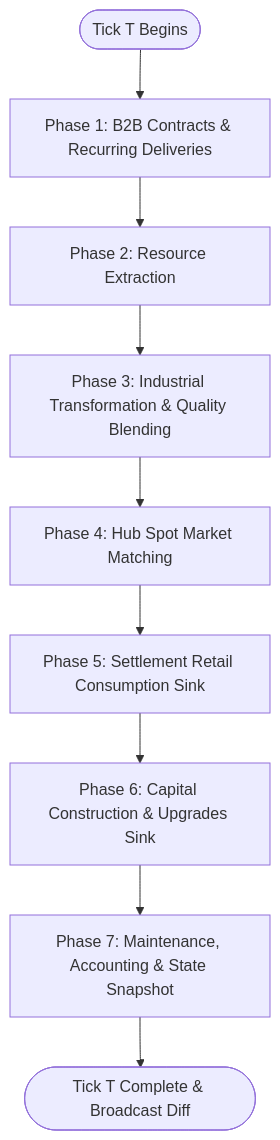
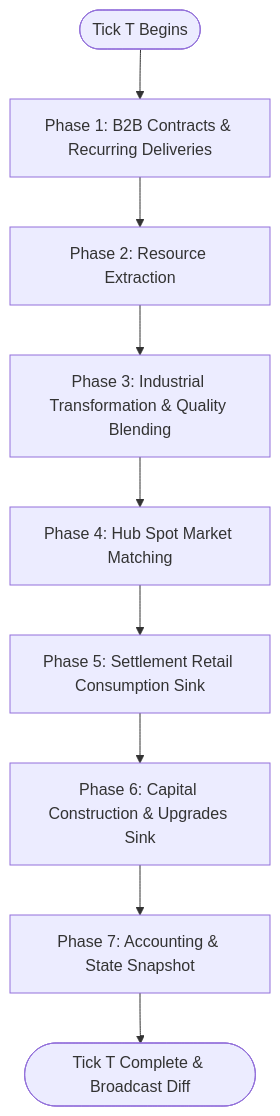
Before and after one commit to dmitrij-borchuk/economicSim: the diagram in docs/core-engine/simulation-tick-loop.md, drawn with Mermaid. The commit also changed other lines of this file and 13 other files, not shown here.

````diff
--- a/docs/core-engine/simulation-tick-loop.md
+++ b/docs/core-engine/simulation-tick-loop.md
@@ -40,11 +40,11 @@
 ```mermaid
 graph TD
     Start([Tick T Begins]) --> P1[Phase 1: B2B Contracts & Recurring Deliveries]
     P1 --> P2[Phase 2: Resource Extraction]
     P2 --> P3[Phase 3: Industrial Transformation & Quality Blending]
     P3 --> P4[Phase 4: Hub Spot Market Matching]
     P4 --> P5[Phase 5: Settlement Retail Consumption Sink]
     P5 --> P6[Phase 6: Capital Construction & Upgrades Sink]
-    P6 --> P7[Phase 7: Maintenance, Accounting & State Snapshot]
+    P6 --> P7[Phase 7: Accounting & State Snapshot]
     P7 --> Broadcast([Tick T Complete & Broadcast Diff])
 ```
````
